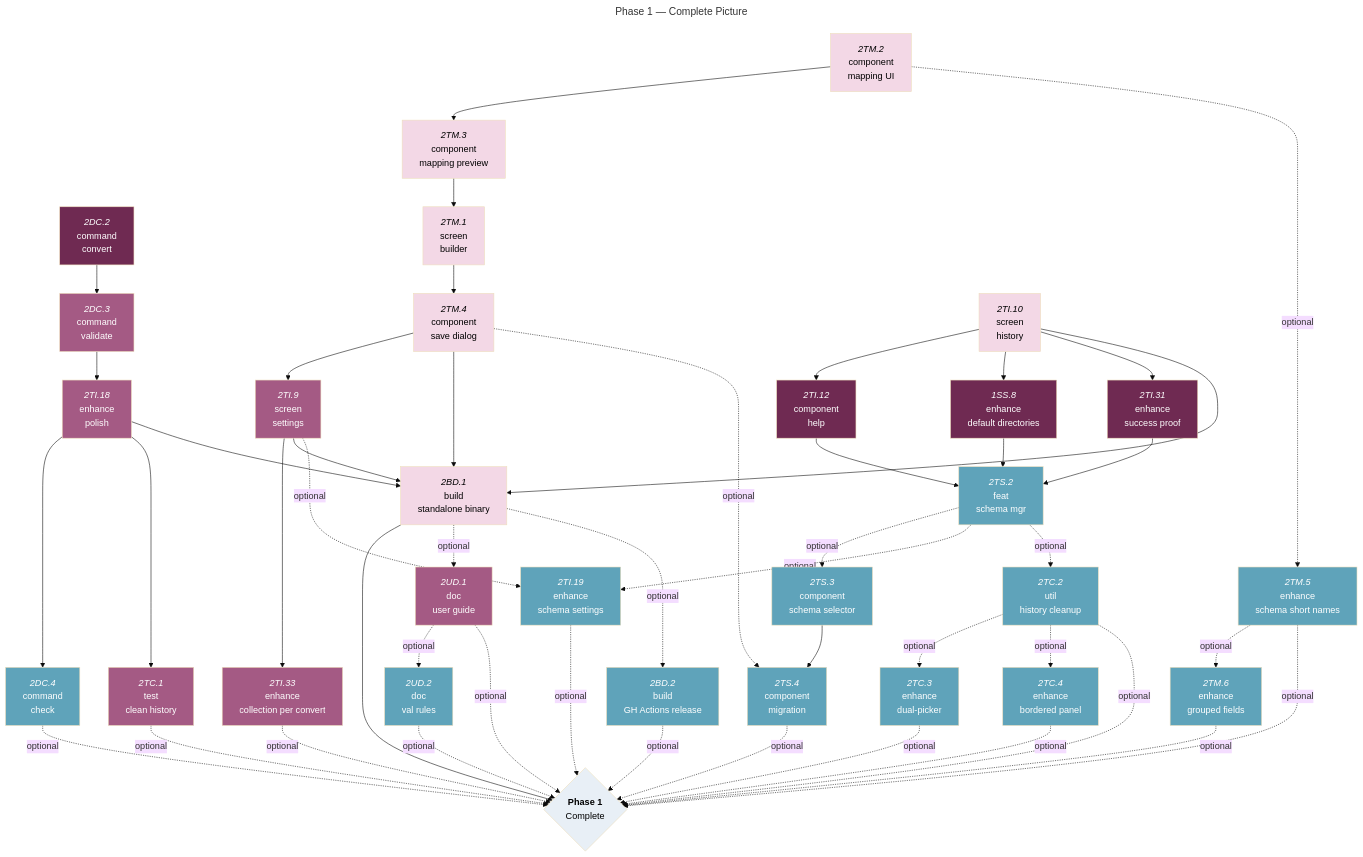
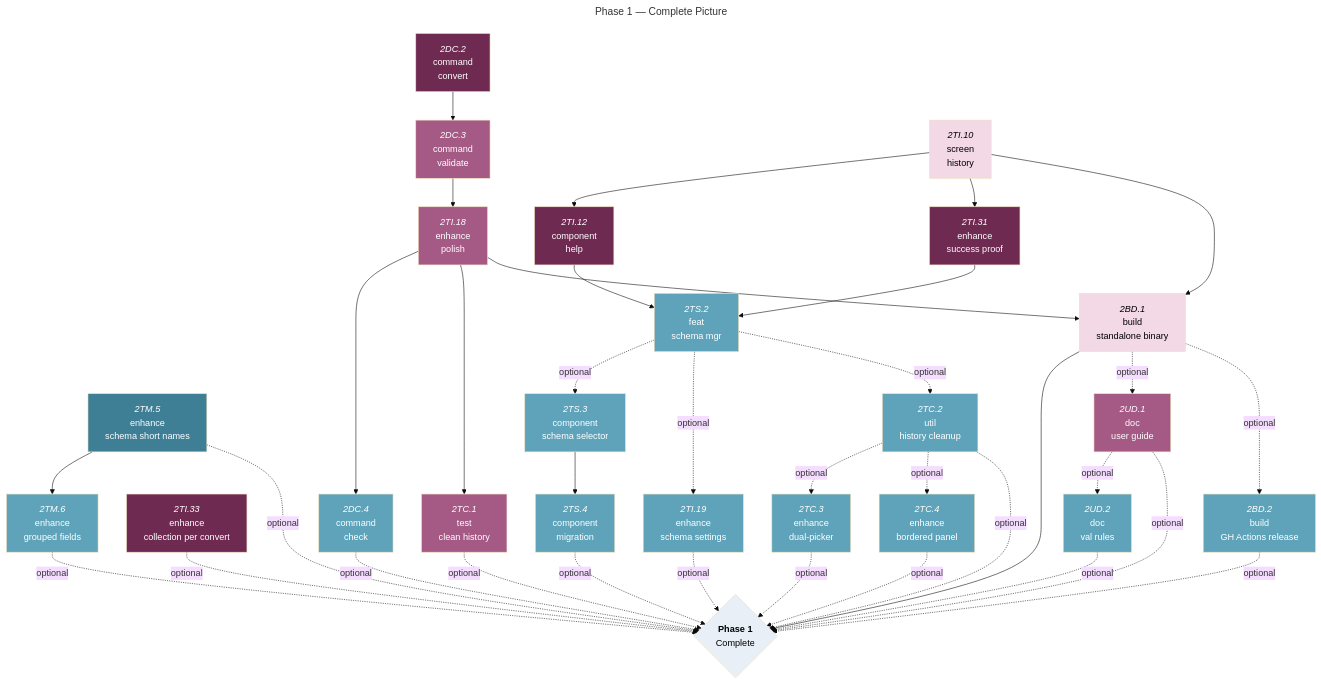
The fourth of 4 diagrams in docs/roadmaps/phase-1-mvp-features.md (foundersandcoders/iris), drawn with Mermaid (base theme) before and after one commit. The commit also changed other lines of this file, not shown here.

Commit message:
docs: update roadmap

```diff
--- a/docs/roadmaps/phase-1-mvp-features.md
+++ b/docs/roadmaps/phase-1-mvp-features.md
@@ -339,7 +330,6 @@
 
 %% M2A Tasks (optional enhancements) %%
 2TI.12["`*2TI.12*<br/>component<br/>help`"]:::should-open
-1SS.8["`*1SS.8*<br/>enhance<br/>default directories`"]:::should-open
 2TI.31["`*2TI.31*<br/>enhance<br/>success proof`"]:::should-open
 
 %% M2B Tasks %%
@@ -348,13 +338,8 @@
 2DC.4["`*2DC.4*<br/>command<br/>check`"]:::could-blocked
 
 %% M2C Tasks %%
-2TM.2["`*2TM.2*<br/>component<br/>mapping UI`"]:::must-blocked
-2TM.3["`*2TM.3*<br/>component<br/>mapping preview`"]:::must-blocked
-2TM.1["`*2TM.1*<br/>screen<br/>builder`"]:::must-blocked
-2TM.4["`*2TM.4*<br/>component<br/>save dialog`"]:::must-blocked
-2TI.9["`*2TI.9*<br/>screen<br/>settings`"]:::should-blocked
-2TI.33["`*2TI.33*<br/>enhance<br/>collection per convert`"]:::should-blocked
-2TM.5["`*2TM.5*<br/>enhance<br/>schema short names`"]:::could-blocked
+2TI.33["`*2TI.33*<br/>enhance<br/>collection per convert`"]:::should-open
+2TM.5["`*2TM.5*<br/>enhance<br/>schema short names`"]:::could-open
 2TM.6["`*2TM.6*<br/>enhance<br/>grouped fields`"]:::could-blocked
 2TS.2["`*2TS.2*<br/>feat<br/>schema mgr`"]:::could-blocked
 2TS.3["`*2TS.3*<br/>component<br/>schema selector`"]:::could-blocked
@@ -383,26 +368,18 @@
 2DC.3 --> 2TI.18
 
 %% M2C Dependencies %%
-2TM.2 --> 2TM.3
-2TM.3 --> 2TM.1
-2TM.1 --> 2TM.4
-2TM.4 --> 2TI.9
-2TI.9 --> 2TI.33
-2TI.10 --> 2TI.12 & 1SS.8 & 2TI.31
-2TI.12 & 1SS.8 & 2TI.31 --> 2TS.2
+2TM.5 --> 2TM.6
+2TI.10 --> 2TI.12 & 2TI.31
+2TI.12 & 2TI.31 --> 2TS.2
 2TI.18 --> 2DC.4 & 2TC.1
 2TS.3 --> 2TS.4
-2TI.9 & 2TI.10 & 2TI.18 & 2TM.4 --> 2BD.1
+2TI.10 & 2TI.18 --> 2BD.1
 2BD.1 --> phase1
 
 %% OPTIONAL %%
 2BD.1 -.->|optional| 2UD.1 & 2BD.2
 2BD.2 -.->|optional| phase1
 2UD.1 -.->|optional| 2UD.2 & phase1
-2TI.9 -.->|optional| 2TI.19
-2TM.2 -.->|optional| 2TM.5
-2TM.5 -.->|optional| 2TM.6
-2TM.4 -.->|optional| 2TS.4
 2TS.2 -.->|optional| 2TS.3 & 2TI.19 & 2TC.2
 2TC.2 -.->|optional| 2TC.3 & 2TC.4
 2TI.33 & 2TM.5 & 2TM.6 & 2DC.4 & 2TI.19 & 2TS.4 & 2UD.2 & 2TC.1 & 2TC.2 & 2TC.3 & 2TC.4 -.->|optional| phase1
```
